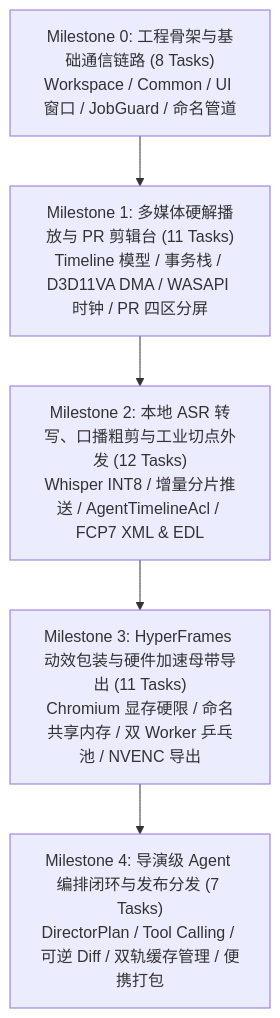
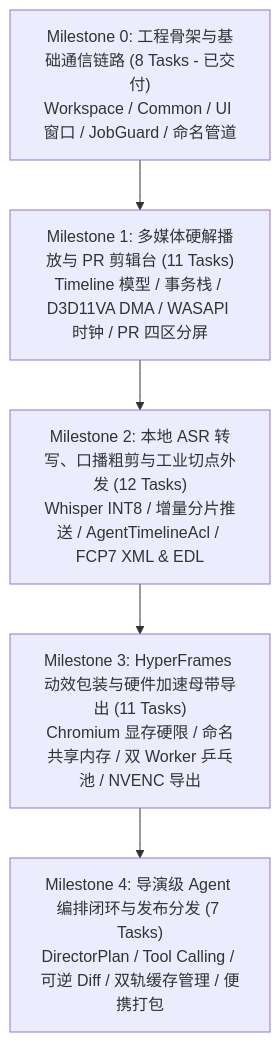
Before and after one commit to qiuku2022/ClipFlow: the first of 2 diagrams in docs/roadmap.md, drawn with Mermaid. The commit also changed other lines of this file and 1 other file, not shown here.

Commit message:
docs: 对齐 Milestone 0 交付状态与路线图任务看板

````diff
--- a/docs/roadmap.md
+++ b/docs/roadmap.md
@@ -23,10 +23,10 @@
 ```mermaid
 flowchart TD
-    M0["Milestone 0: 工程骨架与基础通信链路 (8 Tasks)\nWorkspace / Common / UI 窗口 / JobGuard / 命名管道"]
+    M0["Milestone 0: 工程骨架与基础通信链路 (8 Tasks - 已交付)\nWorkspace / Common / UI 窗口 / JobGuard / 命名管道"]
     M1["Milestone 1: 多媒体硬解播放与 PR 剪辑台 (11 Tasks)\nTimeline 模型 / 事务栈 / D3D11VA DMA / WASAPI 时钟 / PR 四区分屏"]
     M2["Milestone 2: 本地 ASR 转写、口播粗剪与工业切点外发 (12 Tasks)\nWhisper INT8 / 增量分片推送 / AgentTimelineAcl / FCP7 XML & EDL"]
     M3["Milestone 3: HyperFrames 动效包装与硬件加速母带导出 (11 Tasks)\nChromium 显存硬限 / 命名共享内存 / 双 Worker 乒乓池 / NVENC 导出"]
     M4["Milestone 4: 导演级 Agent 编排闭环与发布分发 (7 Tasks)\nDirectorPlan / Tool Calling / 可逆 Diff / 双轨缓存管理 / 便携打包"]
 
     M0 --> M1 --> M2 --> M3 --> M4
 ```
````
